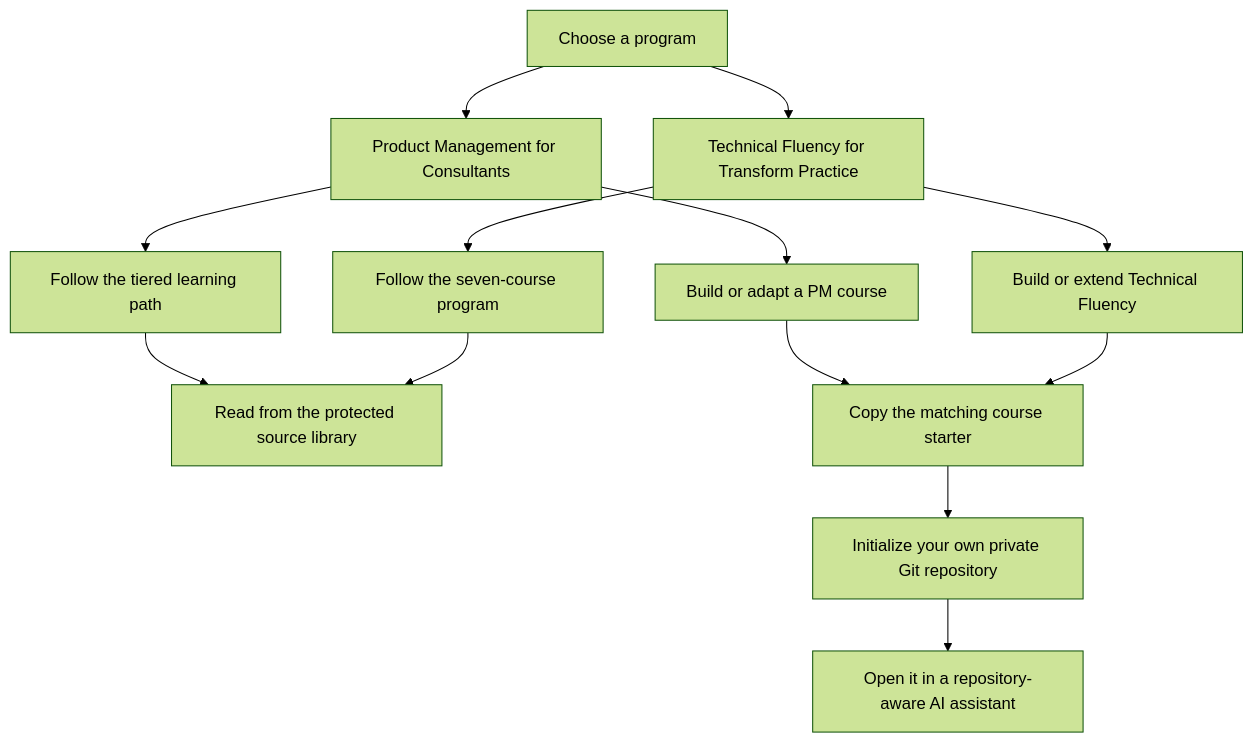
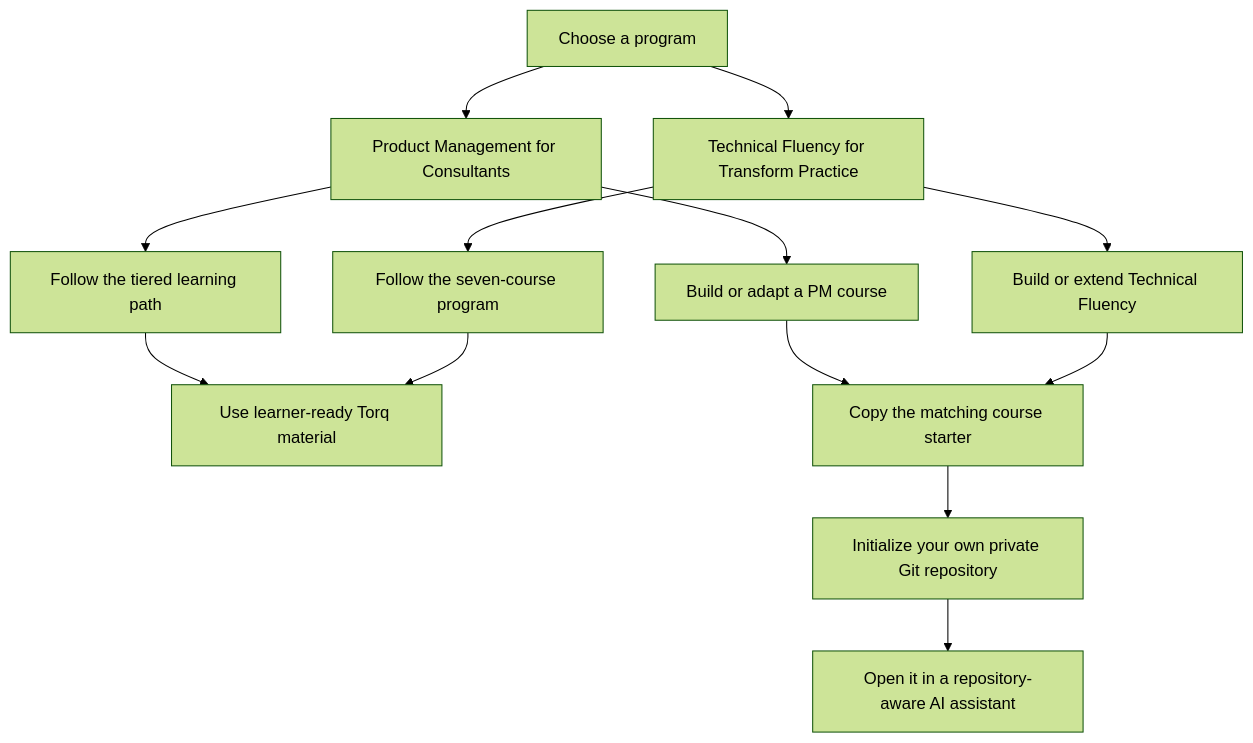
One commit to slevine-torq/ProductLearning changed the diagram in README.md. Above: the diagram before and after it, drawn with Mermaid (forest theme). The commit also changed other lines of this file and 4 other files, not shown here.

````diff
--- a/README.md
+++ b/README.md
@@ -44,23 +68,23 @@
 ```mermaid
 flowchart TD
     A[Choose a program] --> PM[Product Management for Consultants]
     A --> TF[Technical Fluency for Transform Practice]
     PM --> PML[Follow the tiered learning path]
     PM --> PMB[Build or adapt a PM course]
     TF --> TFL[Follow the seven-course program]
     TF --> TFB[Build or extend Technical Fluency]
-    PML --> R[Read from the protected source library]
-    TFL --> R
+    PML --> L[Use learner-ready Torq material]
+    TFL --> L
     PMB --> CP[Copy the matching course starter]
     TFB --> CP
     CP --> G[Initialize your own private Git repository]
     G --> AI[Open it in a repository-aware AI assistant]
     click PM "programs/product-management-for-consultants/README.md" "Open Product Management for Consultants"
     click TF "programs/technical-fluency/README.md" "Open Technical Fluency"
     click PML "programs/product-management-for-consultants/README.md#choose-your-route" "Choose the PM learning route"
     click TFL "programs/technical-fluency/README.md#seven-course-map" "Open the Technical Fluency map"
     click PMB "course-starters/product-management-consultants/README.md" "Open the PM course starter"
     click TFB "course-starters/technical-fluency/README.md" "Open the Technical Fluency starter"
-    click R "source-library/STATUS.md" "Read source status"
+    click L "#what-collaborators-should-use" "See what collaborators should use"
     click CP "course-starters/README.md" "Choose a starter"
 ```
````
